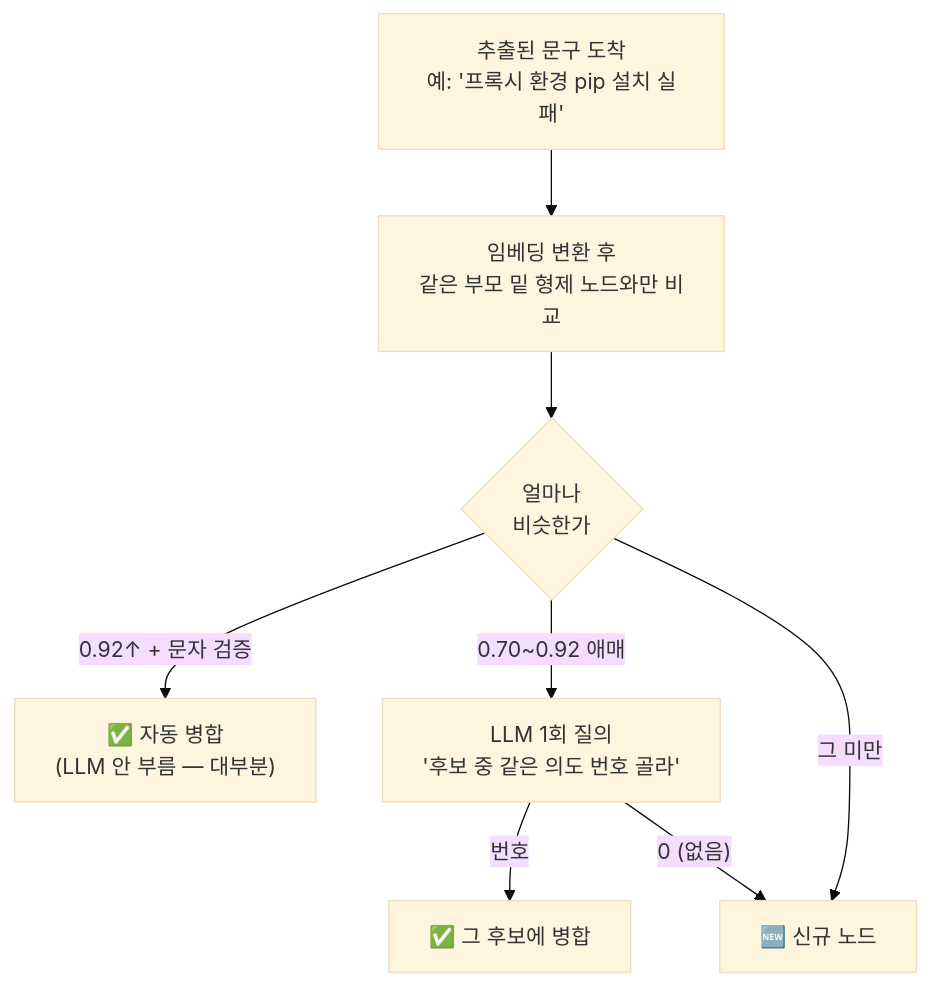
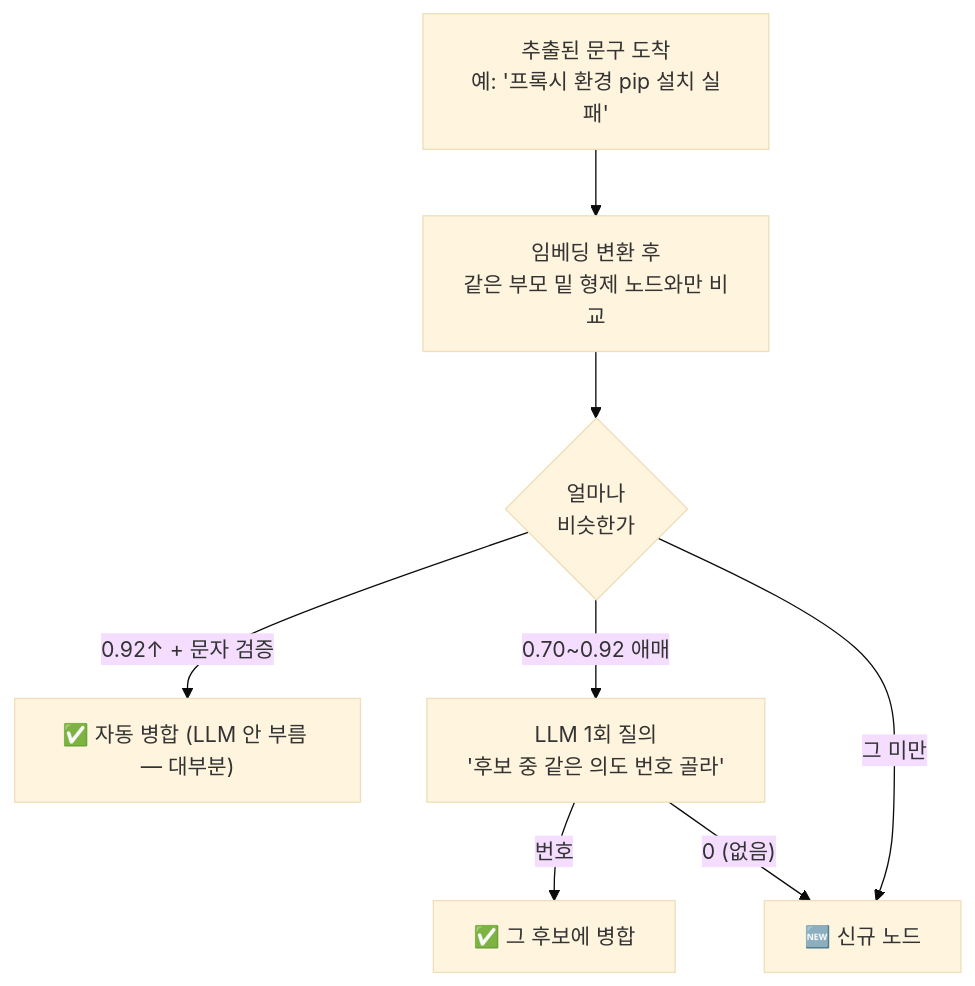
The third of 6 diagrams in docs/plan.md (catinbox276/graph-search-chat), drawn with Mermaid (base theme) before and after one commit. The commit also changed other lines of this file and 16 other files, not shown here.

````diff
--- a/docs/plan.md
+++ b/docs/plan.md
@@ -137,10 +73,10 @@
 ```mermaid
 flowchart TB
     D["추출된 문구 도착<br/>예: '프록시 환경 pip 설치 실패'"] --> E["임베딩 변환 후<br/>같은 부모 밑 형제 노드와만 비교"]
     E --> F{"얼마나<br/>비슷한가"}
-    F -->|"0.92↑ + 문자 검증"| G["✅ 자동 병합<br/>(LLM 안 부름 — 대부분)"]
+    F -->|"0.92↑ + 문자 검증"| G["✅ 자동 병합 (LLM 안 부름 — 대부분)"]
     F -->|"0.70~0.92 애매"| H["LLM 1회 질의<br/>'후보 중 같은 의도 번호 골라'"]
     H -->|번호| G2["✅ 그 후보에 병합"]
     H -->|"0 (없음)"| I["🆕 신규 노드"]
     F -->|"그 미만"| I
 ```
````
